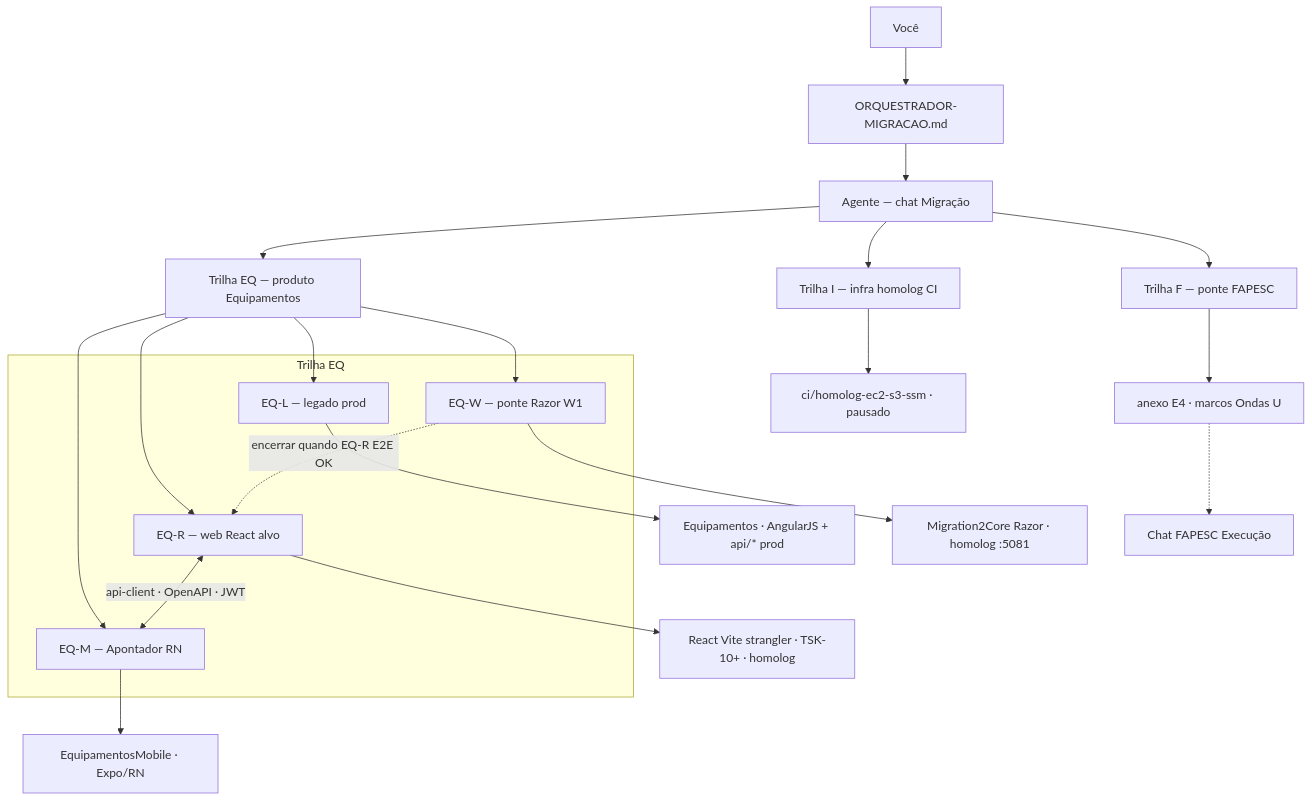
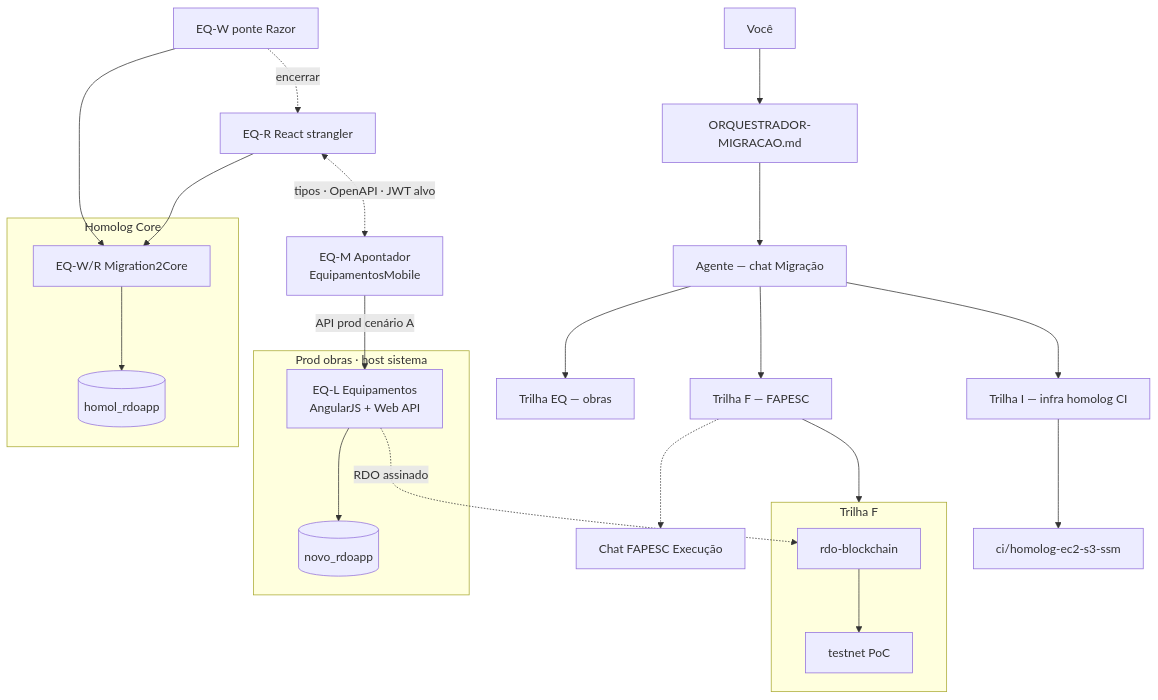
Before and after one commit to RDO-APP/Migration2Core: the diagram in docs/ORQUESTRADOR-MIGRACAO.md, drawn with Mermaid. The commit also changed other lines of this file and 1 other file, not shown here.

Commit message:
docs: diagrama M0′ — apps como clientes API prod + FAPESC
Apontador/Piscineiro lateral ao web (nao acima das telas); orquestrador com EQ-M -> EQ-L e rdo-blockchain.

````diff
--- a/docs/ORQUESTRADOR-MIGRACAO.md
+++ b/docs/ORQUESTRADOR-MIGRACAO.md
@@ -26,37 +26,43 @@
 ```mermaid
 flowchart TB
   U[Você]
   O[ORQUESTRADOR-MIGRACAO.md]
   A[Agente — chat Migração]
 
   U --> O --> A
 
-  A --> EQ[Trilha EQ — produto Equipamentos]
-  A --> F[Trilha F — ponte FAPESC]
+  A --> EQ[Trilha EQ — obras]
+  A --> F[Trilha F — FAPESC]
   A --> I[Trilha I — infra homolog CI]
 
-  subgraph EQsub [Trilha EQ]
-    EQL[EQ-L — legado prod]
-    EQW[EQ-W — ponte Razor W1]
-    EQR[EQ-R — web React alvo]
-    EQM[EQ-M — Apontador RN]
+  subgraph PROD_OBRAS [Prod obras · host sistema]
+    EQLd[EQ-L Equipamentos<br/>AngularJS + Web API]
+    EQLd --> RDSN[(novo_rdoapp)]
   end
 
-  EQ --> EQL
-  EQ --> EQW
-  EQ --> EQR
-  EQ --> EQM
+  subgraph HOMOLOG [Homolog Core]
+    EQWd[EQ-W/R Migration2Core]
+    EQWd --> RDSH[(homol_rdoapp)]
+  end
 
-  EQR <-->|api-client · OpenAPI · JWT| EQM
+  EQM[EQ-M Apontador<br/>EquipamentosMobile]
+  EQM -->|"API prod cenário A"| EQLd
 
-  EQL --> EQLd[Equipamentos · AngularJS + api/* prod]
-  EQW --> EQWd[Migration2Core Razor · homolog :5081]
-  EQR --> EQRd[React Vite strangler · TSK-10+ · homolog]
-  EQM --> EQMd[EquipamentosMobile · Expo/RN]
+  EQR[EQ-R React strangler]
+  EQR --> EQWd
+  EQW[EQ-W ponte Razor] --> EQWd
+  EQW -.->|encerrar| EQR
 
-  F --> Fd[anexo E4 · marcos Ondas U]
-  I --> Id[ci/homolog-ec2-s3-ssm · pausado]
-  Fd -.-> FC[Chat FAPESC Execução]
+  EQR <-.->|tipos · OpenAPI · JWT alvo| EQM
 
-  EQW -.->|encerrar quando EQ-R E2E OK| EQR
+  subgraph FAPESC [Trilha F]
+    FBC[rdo-blockchain]
+    FBC --> TEST[testnet PoC]
+  end
+
+  F --> FAPESC
+  F -.-> FC[Chat FAPESC Execução]
+  EQLd -.->|RDO assinado| FBC
+
+  I --> Id[ci/homolog-ec2-s3-ssm]
 ```
````
